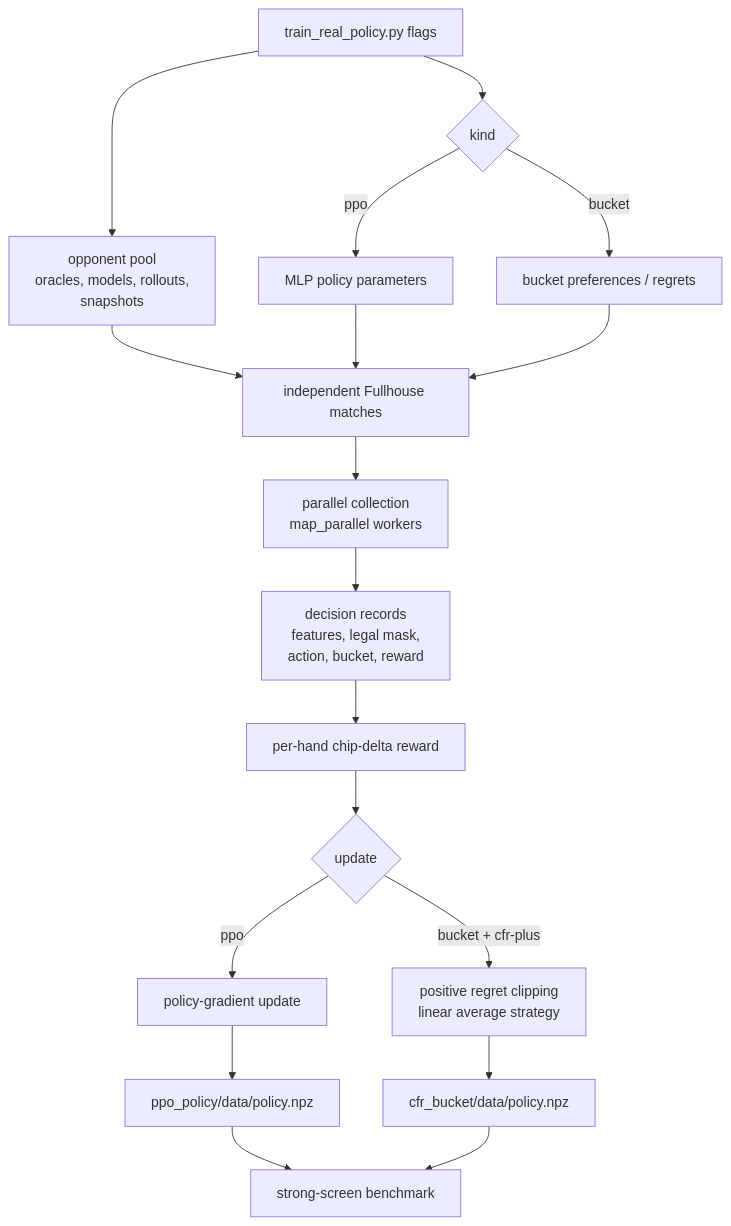
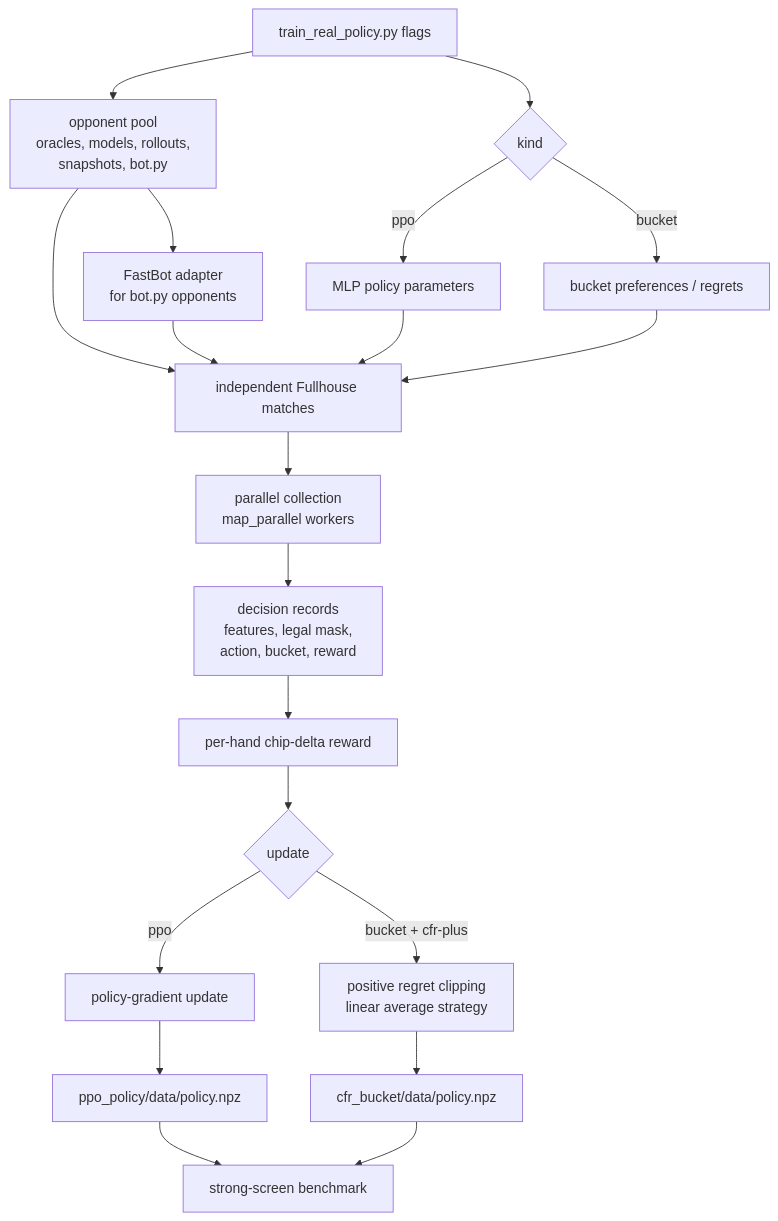
One commit to kosunghun317/fullhouse-engine changed the second of 3 diagrams in docs/strong-mock-self-training-pipeline.md. Above: the diagram before and after it, drawn with Mermaid. The commit also changed other lines of this file and 5 other files, not shown here.

````diff
--- a/docs/strong-mock-self-training-pipeline.md
+++ b/docs/strong-mock-self-training-pipeline.md
@@ -164,20 +169,22 @@
 ```mermaid
 graph TD
     Params["train_real_policy.py flags"] --> Mode{"kind"}
     Mode -->|ppo| MLP["MLP policy parameters"]
     Mode -->|bucket| Bucket["bucket preferences / regrets"]
-    Params --> OppPool["opponent pool\noracles, models, rollouts,\nsnapshots"]
+    Params --> OppPool["opponent pool\noracles, models, rollouts,\nsnapshots, bot.py"]
+    OppPool --> FastBot["FastBot adapter\nfor bot.py opponents"]
     OppPool --> Matches["independent Fullhouse matches"]
+    FastBot --> Matches
     MLP --> Matches
     Bucket --> Matches
     Matches --> Parallel["parallel collection\nmap_parallel workers"]
     Parallel --> Decisions["decision records\nfeatures, legal mask,\naction, bucket, reward"]
     Decisions --> Reward["per-hand chip-delta reward"]
     Reward --> Update{"update"}
     Update -->|ppo| PG["policy-gradient update"]
     Update -->|bucket + cfr-plus| CFRPlus["positive regret clipping\nlinear average strategy"]
     PG --> ExportPPO["ppo_policy/data/policy.npz"]
     CFRPlus --> ExportCFR["cfr_bucket/data/policy.npz"]
     ExportPPO --> StrongScreen["strong-screen benchmark"]
     ExportCFR --> StrongScreen
 ```
````
